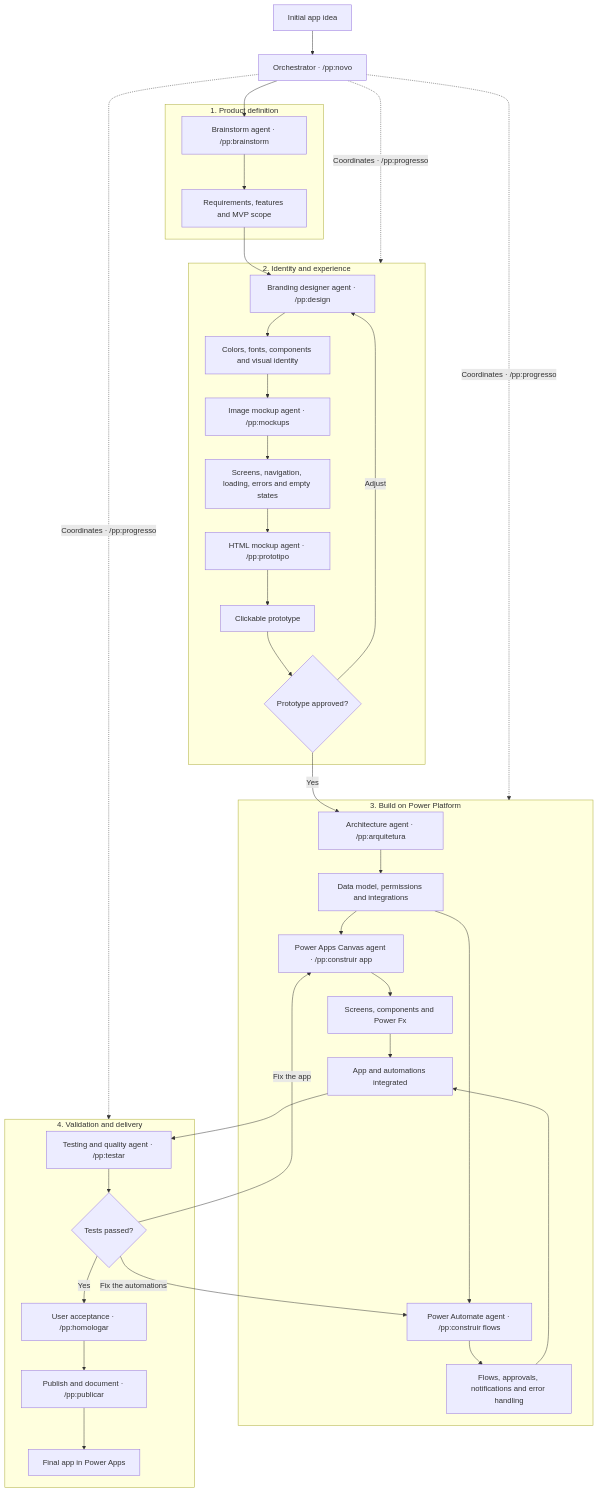
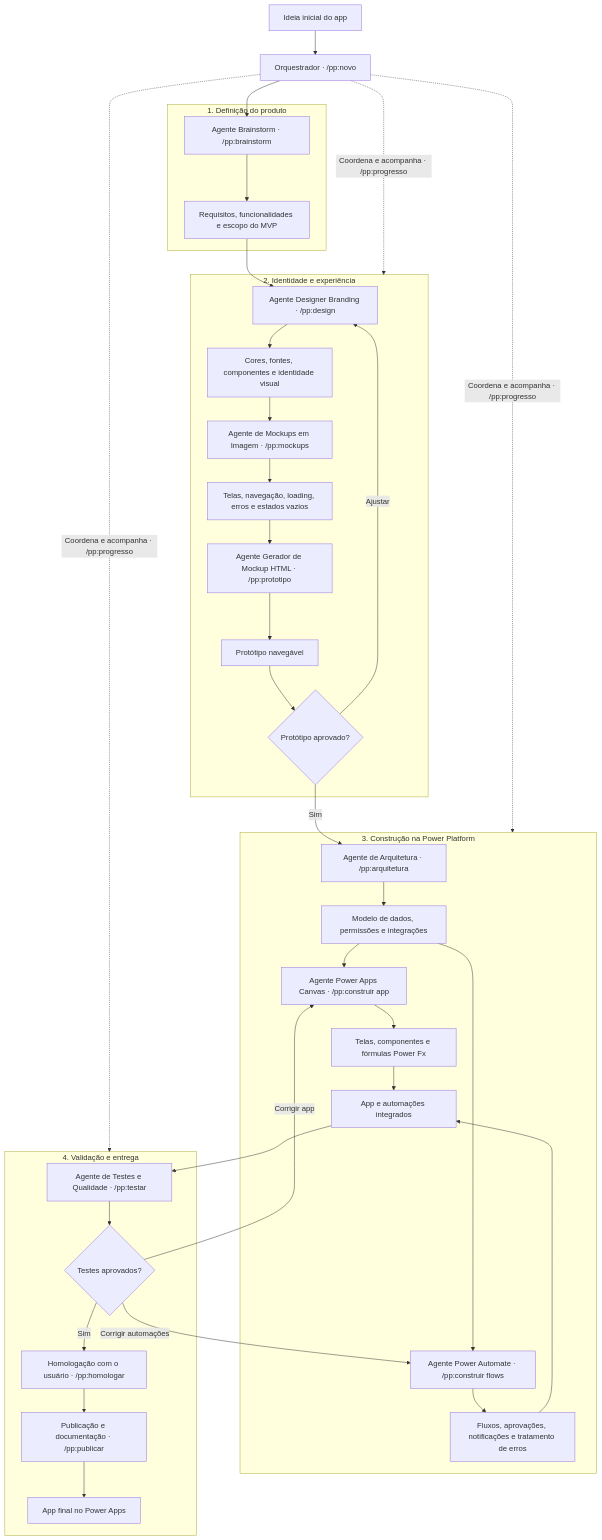
One commit to Bruninhuco69/power-platform-skills changed the diagram in README.md. Above: the diagram before and after it, drawn with Mermaid. The commit also changed other lines of this file and 4 other files, not shown here.

````diff
--- a/README.md
+++ b/README.md
@@ -40,55 +40,55 @@
 ```mermaid
 flowchart TD
-    IDEIA["Initial app idea"] --> O["Orchestrator · /pp:novo"]
+    IDEIA["Ideia inicial do app"] --> O["Orquestrador · /pp:novo"]
 
-    subgraph DEFINICAO["1. Product definition"]
-        B["Brainstorm agent · /pp:brainstorm"]
-        R["Requirements, features and MVP scope"]
+    subgraph DEFINICAO["1. Definição do produto"]
+        B["Agente Brainstorm · /pp:brainstorm"]
+        R["Requisitos, funcionalidades e escopo do MVP"]
         B --> R
     end
 
-    subgraph DESIGN["2. Identity and experience"]
-        D["Branding designer agent · /pp:design"]
-        V["Colors, fonts, components and visual identity"]
-        M["Image mockup agent · /pp:mockups"]
-        T["Screens, navigation, loading, errors and empty states"]
-        H["HTML mockup agent · /pp:prototipo"]
-        PROTO["Clickable prototype"]
-        AP{"Prototype approved?"}
+    subgraph DESIGN["2. Identidade e experiência"]
+        D["Agente Designer Branding · /pp:design"]
+        V["Cores, fontes, componentes e identidade visual"]
+        M["Agente de Mockups em Imagem · /pp:mockups"]
+        T["Telas, navegação, loading, erros e estados vazios"]
+        H["Agente Gerador de Mockup HTML · /pp:prototipo"]
+        PROTO["Protótipo navegável"]
+        AP{"Protótipo aprovado?"}
         D --> V --> M --> T --> H --> PROTO --> AP
-        AP -->|Adjust| D
+        AP -->|Ajustar| D
     end
 
-    subgraph CONSTRUCAO["3. Build on Power Platform"]
-        ARQ["Architecture agent · /pp:arquitetura"]
-        ESP["Data model, permissions and integrations"]
-        P["Power Apps Canvas agent · /pp:construir app"]
-        A["Power Automate agent · /pp:construir flows"]
-        APP["Screens, components and Power Fx"]
-        FLUXO["Flows, approvals, notifications and error handling"]
-        INT["App and automations integrated"]
+    subgraph CONSTRUCAO["3. Construção na Power Platform"]
+        ARQ["Agente de Arquitetura · /pp:arquitetura"]
+        ESP["Modelo de dados, permissões e integrações"]
+        P["Agente Power Apps Canvas · /pp:construir app"]
+        A["Agente Power Automate · /pp:construir flows"]
+        APP["Telas, componentes e fórmulas Power Fx"]
+        FLUXO["Fluxos, aprovações, notificações e tratamento de erros"]
+        INT["App e automações integrados"]
         ARQ --> ESP
         ESP --> P --> APP --> INT
         ESP --> A --> FLUXO --> INT
     end
 
-    subgraph ENTREGA["4. Validation and delivery"]
-        QA["Testing and quality agent · /pp:testar"]
-        OK{"Tests passed?"}
-        HOM["User acceptance · /pp:homologar"]
-        PUB["Publish and document · /pp:publicar"]
-        FINAL["Final app in Power Apps"]
+    subgraph ENTREGA["4. Validação e entrega"]
+        QA["Agente de Testes e Qualidade · /pp:testar"]
+        OK{"Testes aprovados?"}
+        HOM["Homologação com o usuário · /pp:homologar"]
+        PUB["Publicação e documentação · /pp:publicar"]
+        FINAL["App final no Power Apps"]
         QA --> OK
-        OK -->|Yes| HOM --> PUB --> FINAL
+        OK -->|Sim| HOM --> PUB --> FINAL
     end
 
     O --> B
     R --> D
-    AP -->|Yes| ARQ
+    AP -->|Sim| ARQ
     INT --> QA
-    OK -->|Fix the app| P
-    OK -->|Fix the automations| A
-    O -.->|Coordinates · /pp:progresso| DESIGN
-    O -.->|Coordinates · /pp:progresso| CONSTRUCAO
-    O -.->|Coordinates · /pp:progresso| ENTREGA
+    OK -->|Corrigir app| P
+    OK -->|Corrigir automações| A
+    O -.->|Coordena e acompanha · /pp:progresso| DESIGN
+    O -.->|Coordena e acompanha · /pp:progresso| CONSTRUCAO
+    O -.->|Coordena e acompanha · /pp:progresso| ENTREGA
 ```
````
